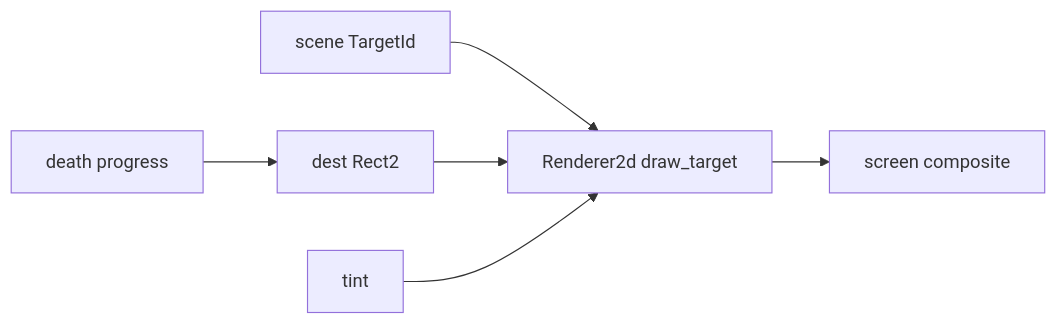
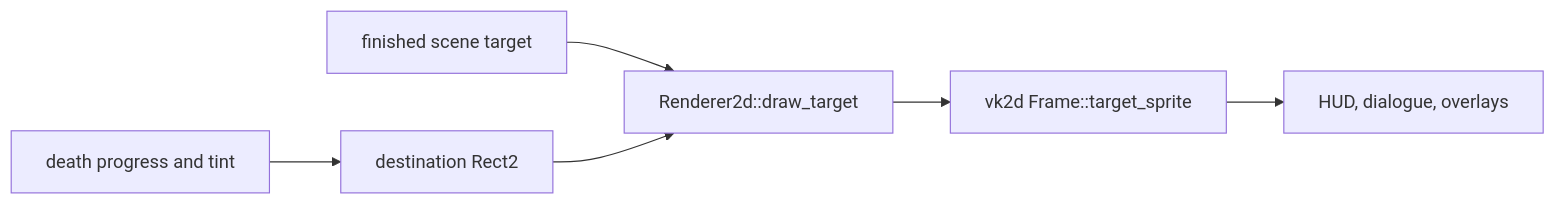
Before and after one commit to soulwax/EchoWiki: the fourth of 7 diagrams in src/content/docs/pages/architecture/vk2d-runtime-usage.md, drawn with Mermaid. The commit also changed other lines of this file and 17 other files, not shown here.

````diff
--- a/src/content/docs/pages/architecture/vk2d-runtime-usage.md
+++ b/src/content/docs/pages/architecture/vk2d-runtime-usage.md
@@ -169,14 +148,13 @@
 ```mermaid
 flowchart LR
-    scene[scene TargetId]
-    progress[death progress]
-    dest[dest Rect2]
-    tint[tint]
-    draw[Renderer2d draw_target]
-    screen[screen composite]
+    scene["finished scene target"]
+    death["death progress and tint"]
+    dest["destination Rect2"]
+    target["Renderer2d::draw_target"]
+    screen["vk2d Frame::target_sprite"]
+    ui["HUD, dialogue, overlays"]
 
-    scene --> draw
-    progress --> dest --> draw
-    tint --> draw
-    draw --> screen
+    scene --> target --> screen
+    death --> dest --> target
+    screen --> ui
 ```
````
